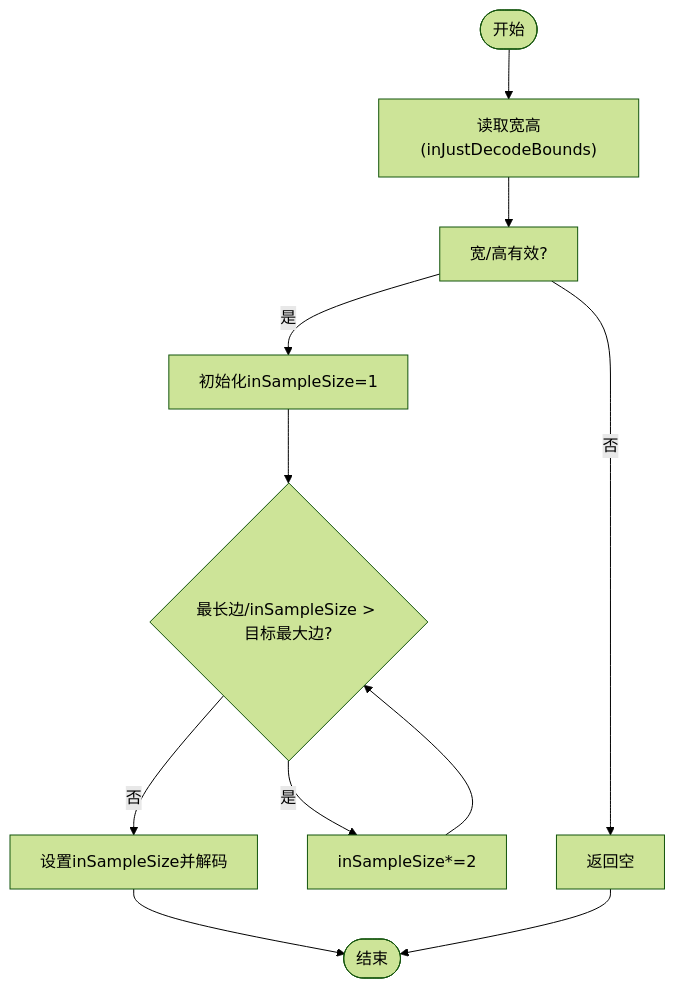
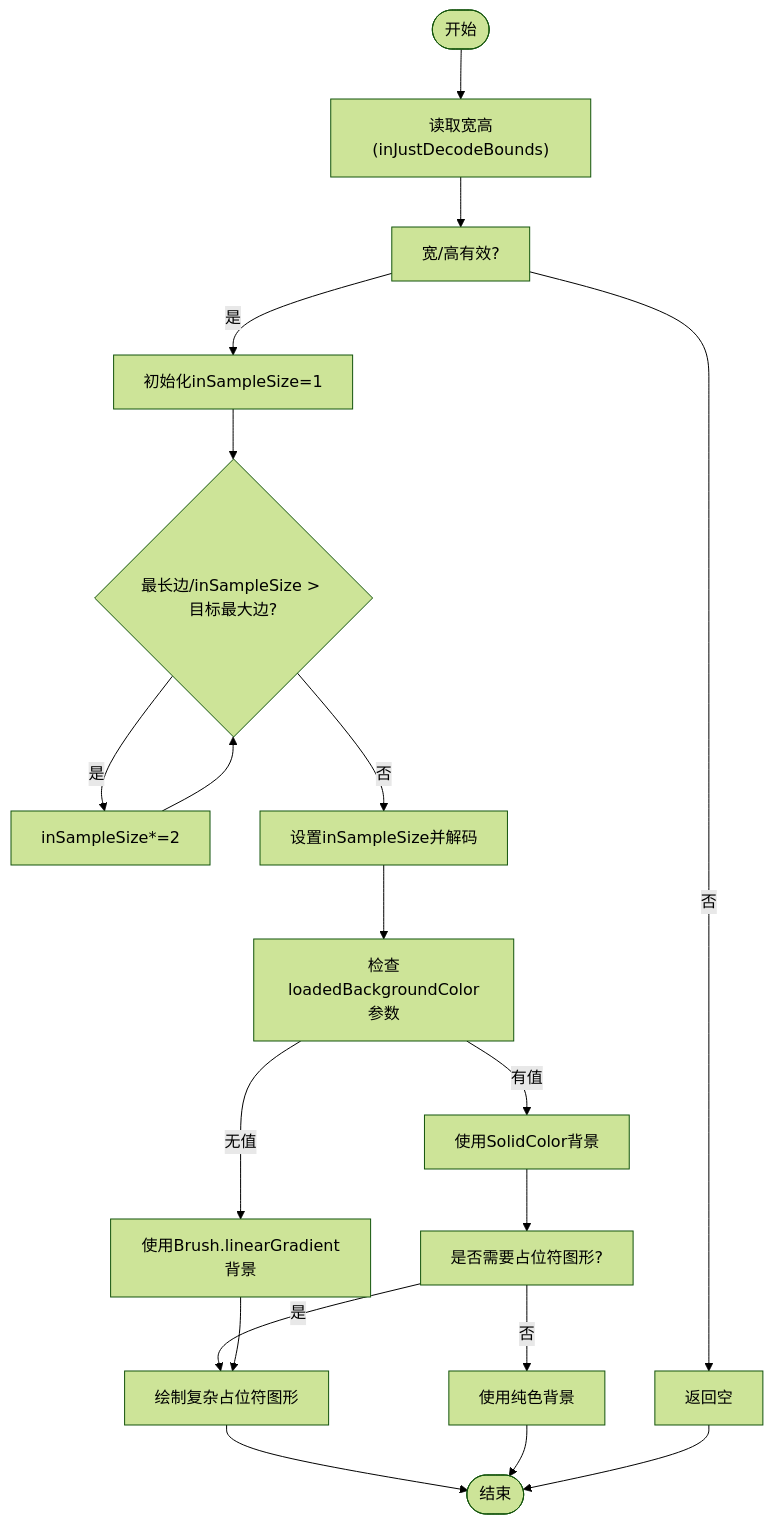
The fourth of 8 diagrams in .qoder/repowiki/zh/content/性能优化/图像处理优化.md (wanhongbo/ai-photo-vault), drawn with Mermaid (forest theme) before and after one commit. The commit also changed other lines of this file and 22 other files, not shown here.

````diff
--- a/.qoder/repowiki/zh/content/性能优化/图像处理优化.md
+++ b/.qoder/repowiki/zh/content/性能优化/图像处理优化.md
@@ -182,12 +203,20 @@
 ```mermaid
 flowchart TD
 Start(["开始"]) --> Bounds["读取宽高(inJustDecodeBounds)"]
 Bounds --> Check["宽/高有效?"]
 Check --> |否| Fail["返回空"]
 Check --> |是| Init["初始化inSampleSize=1"]
 Init --> Loop{"最长边/inSampleSize > 目标最大边?"}
 Loop --> |是| Double["inSampleSize*=2"] --> Loop
 Loop --> |否| Decode["设置inSampleSize并解码"]
-Decode --> Done(["结束"])
+Decode --> BGCheck["检查loadedBackgroundColor参数"]
+BGCheck --> |有值| SolidBG["使用SolidColor背景"]
+BGCheck --> |无值| GradientBG["使用Brush.linearGradient背景"]
+SolidBG --> PlaceholderCheck["是否需要占位符图形?"]
+PlaceholderCheck --> |是| ComplexPlaceholder["绘制复杂占位符图形"]
+PlaceholderCheck --> |否| SimplePlaceholder["使用纯色背景"]
+ComplexPlaceholder --> Done(["结束"])
+SimplePlaceholder --> Done
+GradientBG --> ComplexPlaceholder
 Fail --> Done
 ```
````
